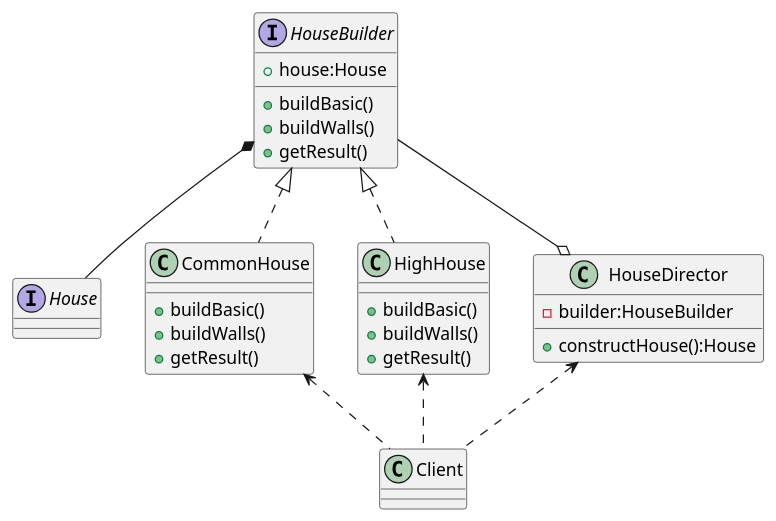
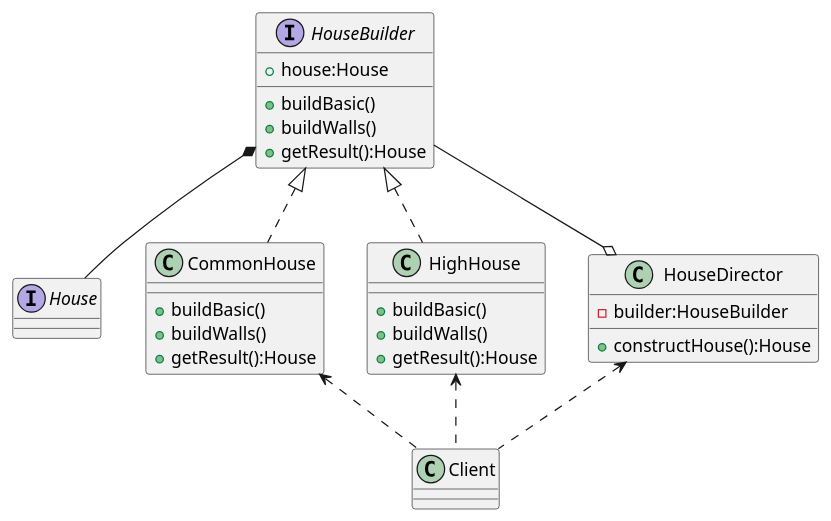
One commit to violet-Bin/designpatterns changed the diagram in src/main/java/com/designpatterns/graph/pattern/creative/builder/Builder.puml. Above: the diagram before and after it, drawn with PlantUML.

```diff
--- a/src/main/java/com/designpatterns/graph/pattern/creative/builder/Builder.puml
+++ b/src/main/java/com/designpatterns/graph/pattern/creative/builder/Builder.puml
@@ -1,36 +1,36 @@
 @startuml
 
 interface House
 interface HouseBuilder
 class CommonHouse
 class HighHouse
 class HouseDirector
 class Client
 
 HouseBuilder : +house:House
 HouseBuilder : +buildBasic()
 HouseBuilder : +buildWalls()
-HouseBuilder : +getResult()
+HouseBuilder : +getResult():House
 
 CommonHouse : +buildBasic()
 CommonHouse : +buildWalls()
-CommonHouse : +getResult()
+CommonHouse : +getResult():House
 HighHouse : +buildBasic()
 HighHouse : +buildWalls()
-HighHouse : +getResult()
+HighHouse : +getResult():House
 
 HouseDirector : -builder:HouseBuilder
 HouseDirector : +constructHouse():House
 
 HouseBuilder <|.. CommonHouse
 HouseBuilder <|.. HighHouse
 
 HouseBuilder *-- House
 HouseBuilder --o HouseDirector
 
 HouseDirector <.. Client
 CommonHouse <.. Client
 HighHouse <.. Client
 
 
 @enduml
```
